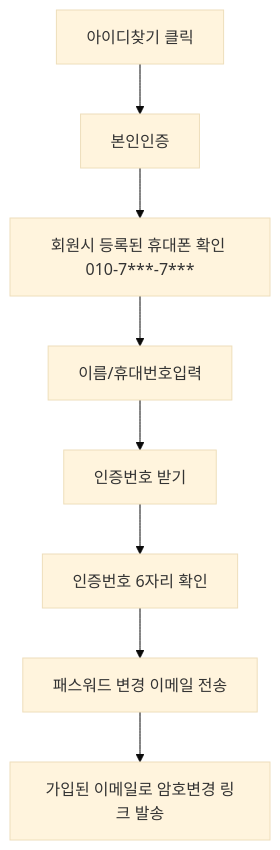
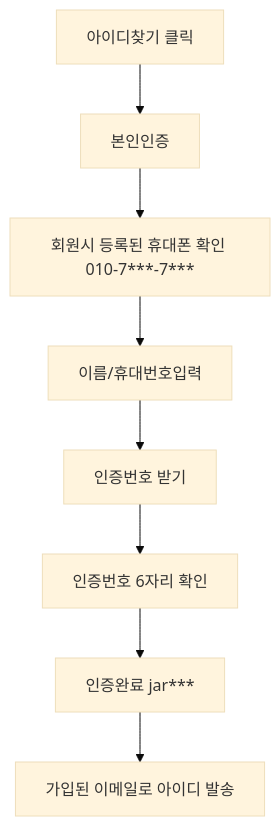
The third of 3 diagrams in login_기능정의서.md (95126m/OnboardingProject), drawn with Mermaid (base theme) before and after one commit. The commit also changed other lines of this file, not shown here.

````diff
--- a/login_기능정의서.md
+++ b/login_기능정의서.md
@@ -68,4 +68,4 @@
 ```mermaid
 flowchart TD
-A[아이디찾기 클릭]-->B[본인인증]-->c[회원시 등록된 휴대폰 확인 010-7***-7***]-->d[이름/휴대번호입력]-->e[인증번호 받기]-->f[인증번호 6자리 확인]-->g[패스워드 변경 이메일 전송]-->h[가입된 이메일로 암호변경 링크 발송]
+A[아이디찾기 클릭]-->B[본인인증]-->c[회원시 등록된 휴대폰 확인 010-7***-7***]-->d[이름/휴대번호입력]-->e[인증번호 받기]-->f[인증번호 6자리 확인]-->g[인증완료 jar***]-->h[가입된 이메일로 아이디 발송]
 ```
````
